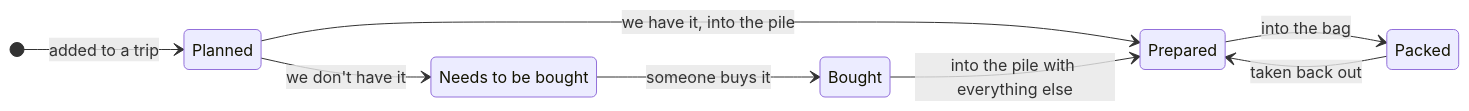
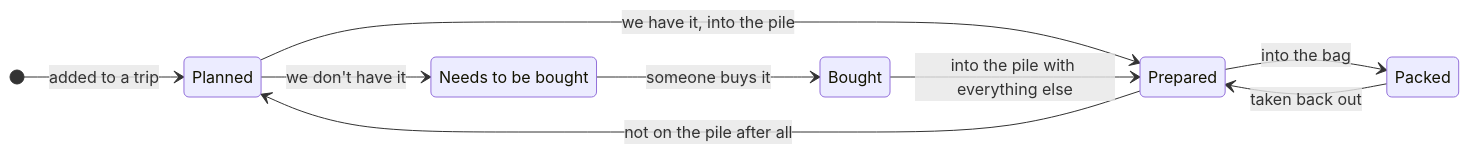
Before and after one commit to Zigelzi/roundtrip: the diagram in spec/domain-model.md, drawn with Mermaid. The commit also changed other lines of this file and 21 other files, not shown here.

First line of the commit message:
feat: prepared between planned and packed, packed items under each person (milestone 08)

````diff
--- a/spec/domain-model.md
+++ b/spec/domain-model.md
@@ -14,17 +14,18 @@
 ```mermaid
 stateDiagram-v2
     direction LR
     planned : Planned
     prepared : Prepared
     needs : Needs to be bought
     bought : Bought
     packed : Packed
 
     [*] --> planned : added to a trip
     planned --> prepared : we have it, into the pile
     planned --> needs : we don't have it
     needs --> bought : someone buys it
     bought --> prepared : into the pile with everything else
     prepared --> packed : into the bag
     packed --> prepared : taken back out
+    prepared --> planned : not on the pile after all
 ```
````
